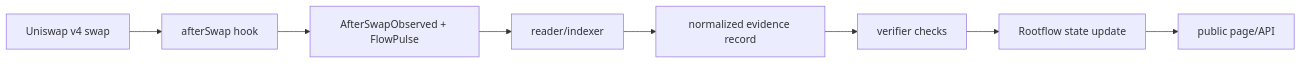
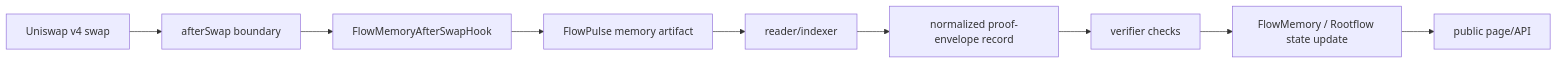
Before and after one commit to FlowmemoryAI/flowmemory-uniswap-v4-hooks: the second of 3 diagrams in docs/INTEGRATION_BLUEPRINT.md, drawn with Mermaid. The commit also changed other lines of this file and 22 other files, not shown here.

Commit message:
Reposition hook repo as memory-native primitive

````diff
--- a/docs/INTEGRATION_BLUEPRINT.md
+++ b/docs/INTEGRATION_BLUEPRINT.md
@@ -28,10 +34,11 @@
 ```mermaid
 flowchart LR
-    Swap["Uniswap v4 swap"] --> Hook["afterSwap hook"]
-    Hook --> Events["AfterSwapObserved + FlowPulse"]
-    Events --> Reader["reader/indexer"]
-    Reader --> Evidence["normalized evidence record"]
+    Swap["Uniswap v4 swap"] --> Boundary["afterSwap boundary"]
+    Boundary --> Hook["FlowMemoryAfterSwapHook"]
+    Hook --> Pulse["FlowPulse memory artifact"]
+    Pulse --> Reader["reader/indexer"]
+    Reader --> Evidence["normalized proof-envelope record"]
     Evidence --> Verifier["verifier checks"]
-    Verifier --> Rootflow["Rootflow state update"]
+    Verifier --> Rootflow["FlowMemory / Rootflow state update"]
     Rootflow --> Public["public page/API"]
 ```
````
